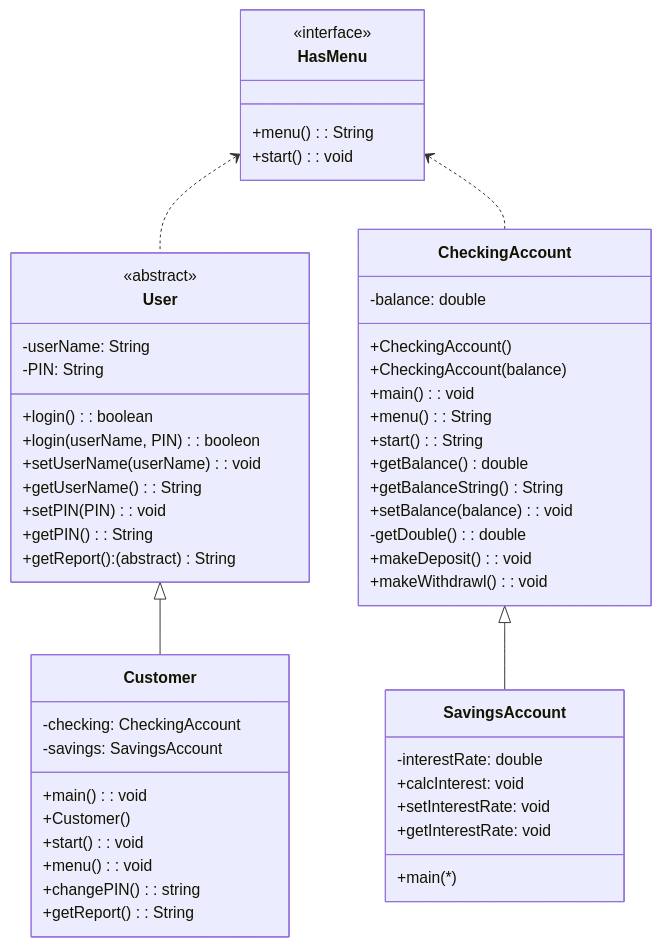
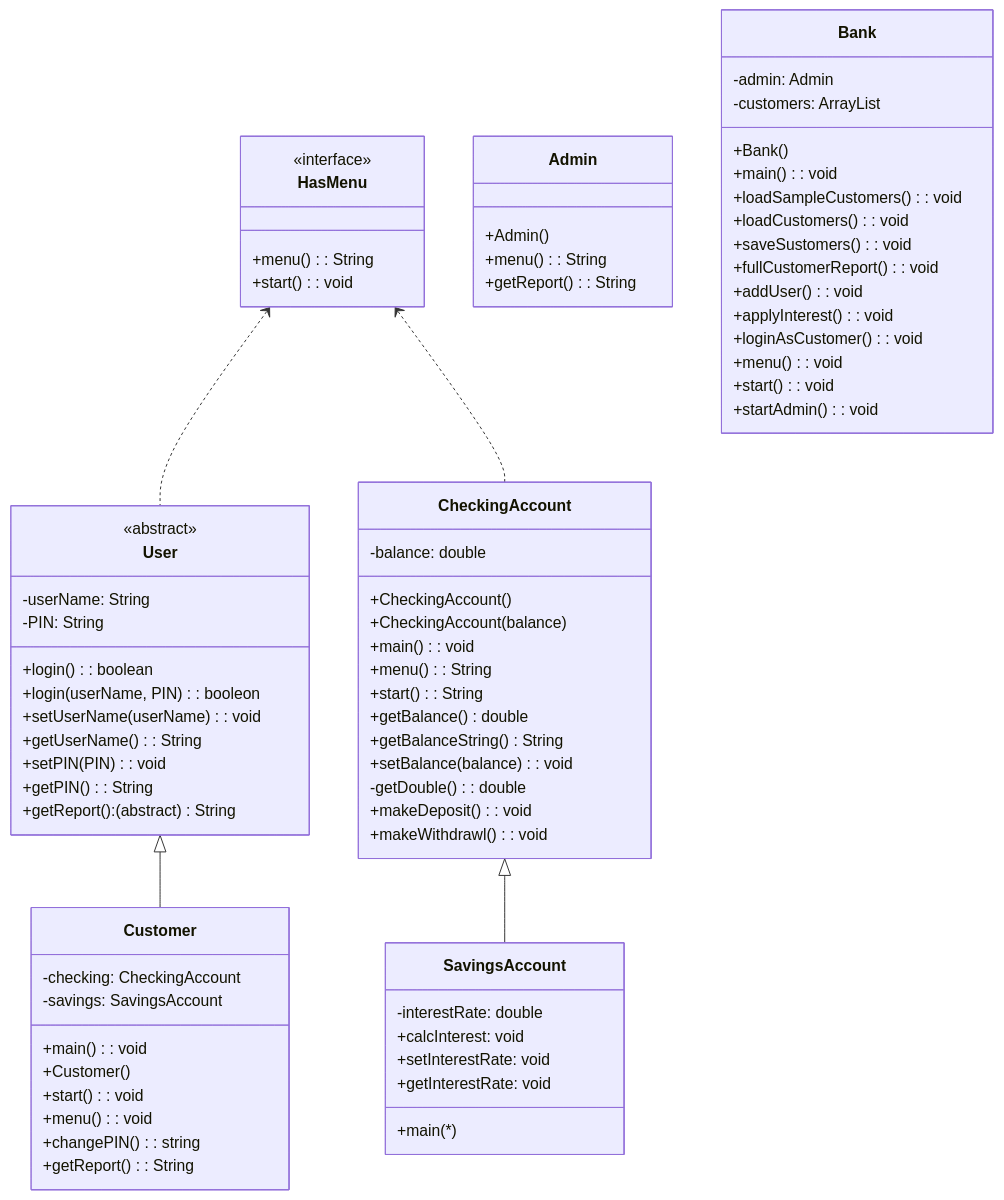
The diagram in README.md (nicholascoooper/Bank-on-it), drawn with Mermaid before and after one commit. The commit also changed other lines of this file and 3 other files, not shown here.

```diff
--- a/README.md
+++ b/README.md
@@ -54,6 +54,29 @@
         +getPIN(): String
         +getReport(): (abstract)String
     }
+
+    class Admin{
+        +Admin()
+        +menu(): String
+        +getReport(): String
+    }
+    
+    class Bank{
+        -admin: Admin
+        -customers: ArrayList
+        +Bank()
+        +main(): void
+        +loadSampleCustomers(): void
+        +loadCustomers(): void
+        +saveSustomers(): void
+        +fullCustomerReport(): void
+        +addUser(): void
+        +applyInterest(): void
+        +loginAsCustomer(): void
+        +menu(): void
+        +start(): void
+        +startAdmin(): void
+    }
     
     CheckingAccount <|-- SavingsAccount
     User <|-- Customer
```
